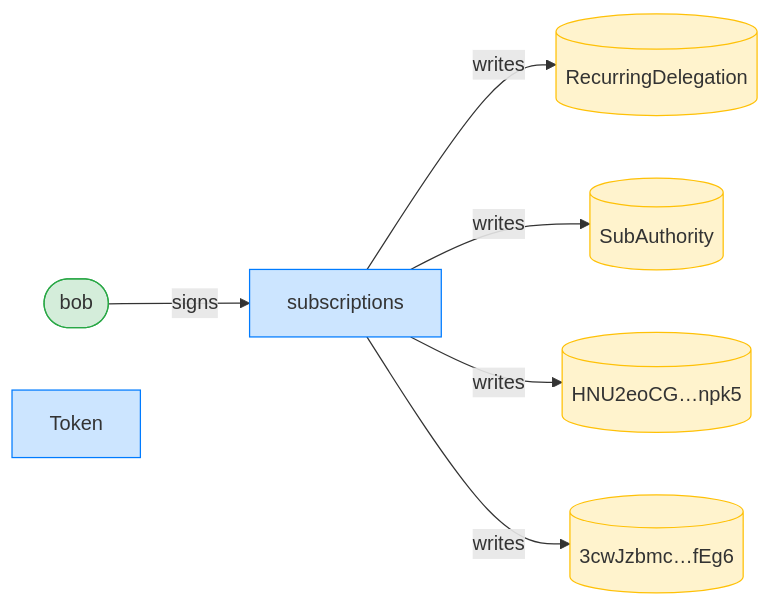
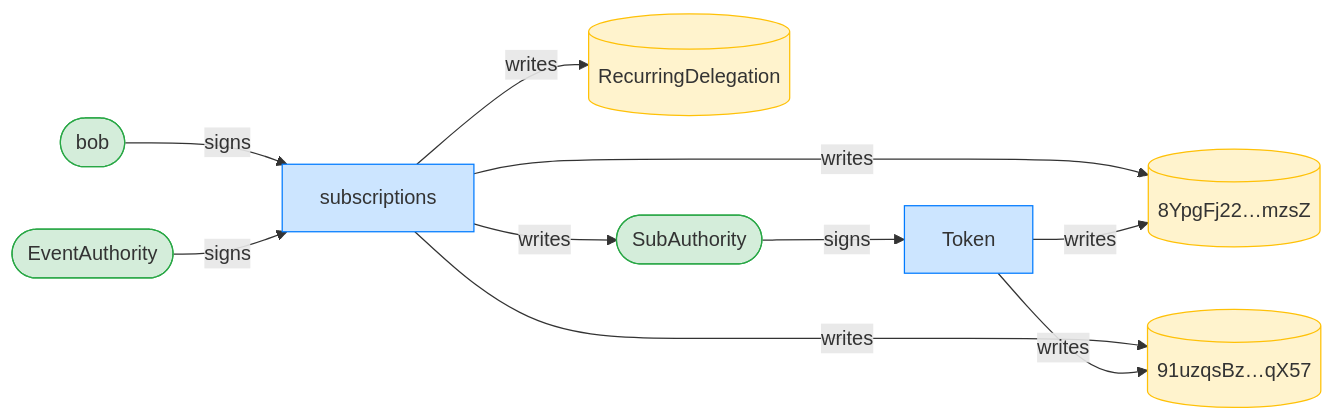
Before and after one commit to cds-rs/subscriptions: diagram 15 of 16 in dsl_tests/recurring-transfer-resets-the-allowance-each-period.md, drawn with Mermaid. The commit also changed other lines of this file and 224 other files, not shown here.

````diff
--- a/dsl_tests/recurring-transfer-resets-the-allowance-each-period.md
+++ b/dsl_tests/recurring-transfer-resets-the-allowance-each-period.md
@@ -312,18 +327,23 @@
 ```mermaid
 flowchart LR
     classDef signer fill:#d4edda,stroke:#28a745;
     classDef program fill:#cce5ff,stroke:#007bff;
     classDef writable fill:#fff3cd,stroke:#ffc107;
     subscriptions[subscriptions]:::program
     RecurringDelegation[(RecurringDelegation)]:::writable
-    SubAuthority[(SubAuthority)]:::writable
-    HNU2eoCG_npk5[("HNU2eoCG…npk5")]:::writable
-    3cwJzbmc_fEg6[("3cwJzbmc…fEg6")]:::writable
+    SubAuthority([SubAuthority]):::signer
+    8YpgFj22_mzsZ[("8YpgFj22…mzsZ")]:::writable
+    91uzqsBz_qX57[("91uzqsBz…qX57")]:::writable
     bob([bob]):::signer
     Token[Token]:::program
+    EventAuthority([EventAuthority]):::signer
     bob -->|signs| subscriptions
+    SubAuthority -->|signs| Token
+    EventAuthority -->|signs| subscriptions
     subscriptions -->|writes| RecurringDelegation
     subscriptions -->|writes| SubAuthority
-    subscriptions -->|writes| HNU2eoCG_npk5
-    subscriptions -->|writes| 3cwJzbmc_fEg6
+    subscriptions -->|writes| 8YpgFj22_mzsZ
+    subscriptions -->|writes| 91uzqsBz_qX57
+    Token -->|writes| 8YpgFj22_mzsZ
+    Token -->|writes| 91uzqsBz_qX57
 ```
````
